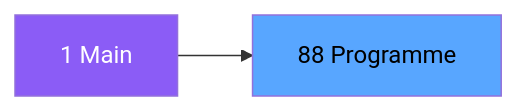
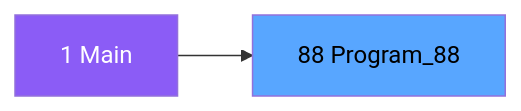
The second of 3 diagrams in .openspec/specs/ADH-IDE-88.md (thonyAGP/magic-migration), drawn with Mermaid before and after one commit. The commit also changed other lines of this file and 323 other files, not shown here.

````diff
--- a/.openspec/specs/ADH-IDE-88.md
+++ b/.openspec/specs/ADH-IDE-88.md
@@ -98,8 +105,8 @@
 ```mermaid
 graph LR
     M[1 Main]
-    T[88 Programme]
+    T[88 Program_88]
     M --> T
     style M fill:#8b5cf6,color:#fff
     style T fill:#58a6ff,color:#000
 ```
````
